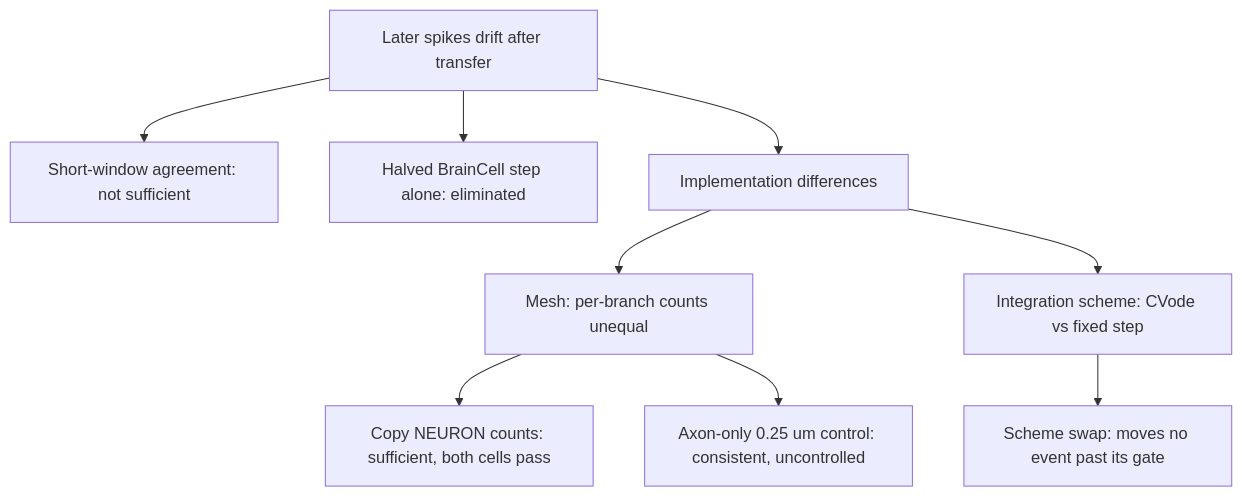
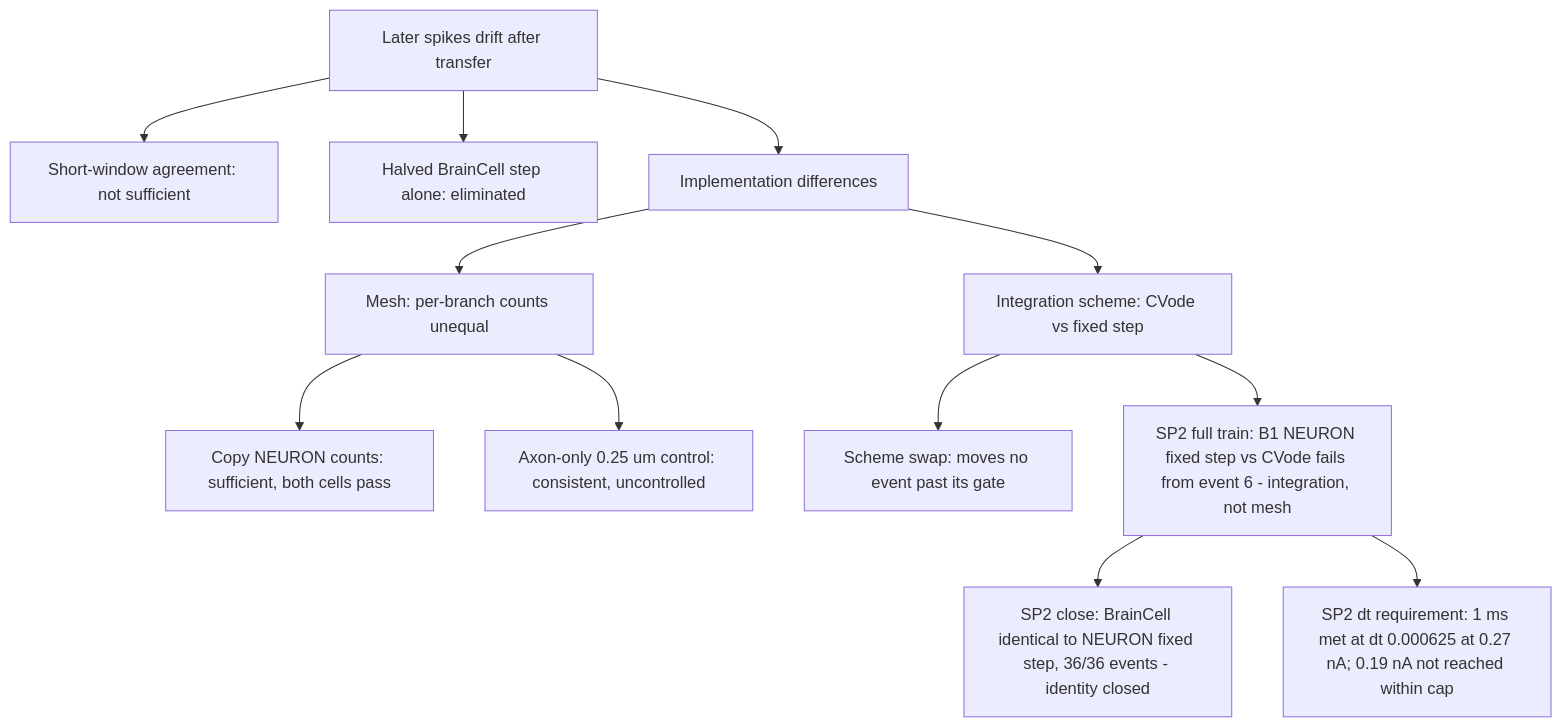
The fourth of 15 diagrams in docs/h01-causal-model.md (mithridatic/braintrace), drawn with Mermaid before and after one commit. The commit also changed other lines of this file and 15 other files, not shown here.

````diff
--- a/docs/h01-causal-model.md
+++ b/docs/h01-causal-model.md
@@ -258,11 +258,14 @@
 ```mermaid
 flowchart TD
     Y2[Later spikes drift after transfer] --> W[Short-window agreement: not sufficient]
     Y2 --> T[Halved BrainCell step alone: eliminated]
     Y2 --> I[Implementation differences]
     I --> A[Mesh: per-branch counts unequal]
     I --> B[Integration scheme: CVode vs fixed step]
     A --> A1[Copy NEURON counts: sufficient, both cells pass]
     B --> B1[Scheme swap: moves no event past its gate]
     A --> A0[Axon-only 0.25 um control: consistent, uncontrolled]
+    B --> B2[SP2 full train: B1 NEURON fixed step vs CVode fails from event 6 - integration, not mesh]
+    B2 --> ID[SP2 close: BrainCell identical to NEURON fixed step, 36/36 events - identity closed]
+    B2 --> DT[SP2 dt requirement: 1 ms met at dt 0.000625 at 0.27 nA; 0.19 nA not reached within cap]
 ```
````
